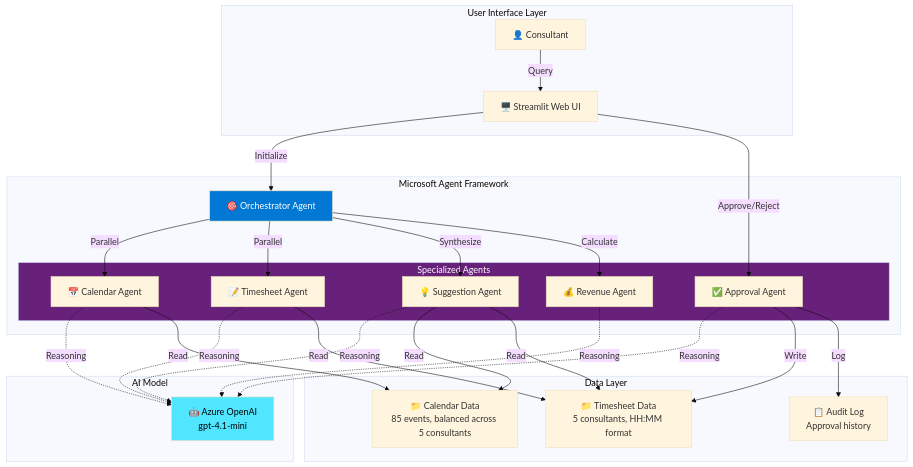
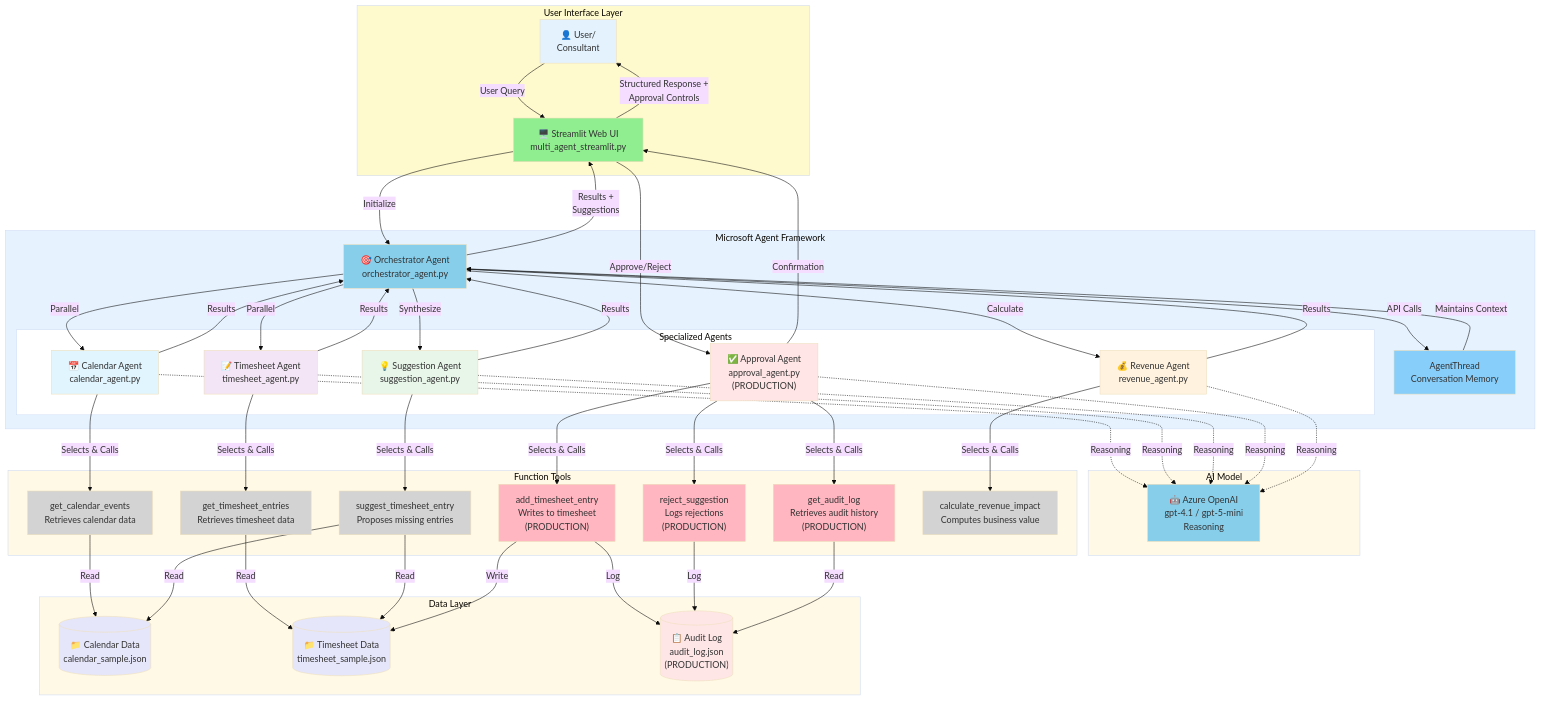
Before and after one commit to Arturo-Quiroga-MSFT/ttu-agentic-revolution-challenge: the diagram in README.md, drawn with Mermaid (base theme). The commit also changed 1 other file, not shown here.

Commit message:
new readme file

````diff
--- a/README.md
+++ b/README.md
@@ -227,54 +227,116 @@
 ```mermaid
 graph TB
-    subgraph UI["User Interface Layer"]
-        User["👤 Consultant"]
-        WebUI["🖥️ Streamlit Web UI"]
+    subgraph UI_Layer["User Interface Layer"]
+        User["👤 User/<br/>Consultant"]
+        UI["🖥️ Streamlit Web UI<br/>multi_agent_streamlit.py"]
+        User -->|"User Query"| UI
+        UI -->|"Structured Response +<br/>Approval Controls"| User
     end
     
     subgraph Framework["Microsoft Agent Framework"]
-        Orch["🎯 Orchestrator Agent"]
+        Orch["🎯 Orchestrator Agent<br/>orchestrator_agent.py"]
         
         subgraph Agents["Specialized Agents"]
-            CalAgent["📅 Calendar Agent"]
-            TimeAgent["📝 Timesheet Agent"]
-            SugAgent["💡 Suggestion Agent"]
-            AppAgent["✅ Approval Agent"]
-            RevAgent["💰 Revenue Agent"]
+            CalAgent["📅 Calendar Agent<br/>calendar_agent.py"]
+            TimeAgent["📝 Timesheet Agent<br/>timesheet_agent.py"]
+            SugAgent["💡 Suggestion Agent<br/>suggestion_agent.py"]
+            AppAgent["✅ Approval Agent<br/>approval_agent.py<br/>(PRODUCTION)"]
+            RevAgent["💰 Revenue Agent<br/>revenue_agent.py"]
         end
+        
+        Thread["AgentThread<br/>Conversation Memory"]
+        
+        UI -->|"Initialize"| Orch
+        Orch -->|"Results +<br/>Suggestions"| UI
+        
+        Orch -->|"API Calls"| Thread
+        Thread -->|"Maintains Context"| Orch
+        
+        Orch -->|"Parallel"| CalAgent
+        Orch -->|"Parallel"| TimeAgent
+        CalAgent -->|"Results"| Orch
+        TimeAgent -->|"Results"| Orch
+        
+        Orch -->|"Synthesize"| SugAgent
+        SugAgent -->|"Results"| Orch
+        
+        UI -->|"Approve/Reject"| AppAgent
+        AppAgent -->|"Confirmation"| UI
+        
+        Orch -->|"Calculate"| RevAgent
+        RevAgent -->|"Results"| Orch
     end
     
-    subgraph AI["AI Model"]
-        GPT["🤖 Azure OpenAI<br/>gpt-4.1-mini"]
+    subgraph AI_Model["AI Model"]
+        GPT["🤖 Azure OpenAI<br/>gpt-4.1 / gpt-5-mini<br/>Reasoning"]
     end
     
-    subgraph Data["Data Layer"]
-        CalData["📁 Calendar Data<br/>85 events, balanced across 5 consultants"]
-        TimeData["📁 Timesheet Data<br/>5 consultants, HH:MM format"]
-        AuditData["📋 Audit Log<br/>Approval history"]
+    subgraph Tools["Function Tools"]
+        CalTool["get_calendar_events<br/>Retrieves calendar data"]
+        TimeTool["get_timesheet_entries<br/>Retrieves timesheet data"]
+        SugTool["suggest_timesheet_entry<br/>Proposes missing entries"]
+        WriteTool["add_timesheet_entry<br/>Writes to timesheet<br/>(PRODUCTION)"]
+        RejectTool["reject_suggestion<br/>Logs rejections<br/>(PRODUCTION)"]
+        AuditTool["get_audit_log<br/>Retrieves audit history<br/>(PRODUCTION)"]
+        RevTool["calculate_revenue_impact<br/>Computes business value"]
     end
     
-    User -->|Query| WebUI
-    WebUI -->|Initialize| Orch
-    Orch -->|Parallel| CalAgent
-    Orch -->|Parallel| TimeAgent
-    Orch -->|Synthesize| SugAgent
-    Orch -->|Calculate| RevAgent
-    WebUI -->|Approve/Reject| AppAgent
+    CalAgent -->|"Selects & Calls"| CalTool
+    TimeAgent -->|"Selects & Calls"| TimeTool
+    SugAgent -->|"Selects & Calls"| SugTool
+    AppAgent -->|"Selects & Calls"| WriteTool
+    AppAgent -->|"Selects & Calls"| RejectTool
+    AppAgent -->|"Selects & Calls"| AuditTool
+    RevAgent -->|"Selects & Calls"| RevTool
     
-    CalAgent -.->|Reasoning| GPT
-    TimeAgent -.->|Reasoning| GPT
-    SugAgent -.->|Reasoning| GPT
-    RevAgent -.->|Reasoning| GPT
-    AppAgent -.->|Reasoning| GPT
+    CalAgent -.->|"Reasoning"| GPT
+    TimeAgent -.->|"Reasoning"| GPT
+    SugAgent -.->|"Reasoning"| GPT
+    AppAgent -.->|"Reasoning"| GPT
+    RevAgent -.->|"Reasoning"| GPT
     
-    CalAgent -->|Read| CalData
-    TimeAgent -->|Read| TimeData
-    SugAgent -->|Read| CalData
-    SugAgent -->|Read| TimeData
-    AppAgent -->|Write| TimeData
-    AppAgent -->|Log| AuditData
+    subgraph Data_Layer["Data Layer"]
+        CalData[("📁 Calendar Data<br/>calendar_sample.json")]
+        TimeData[("📁 Timesheet Data<br/>timesheet_sample.json")]
+        AuditData[("📋 Audit Log<br/>audit_log.json<br/>(PRODUCTION)")]
+    end
     
-    style Orch fill:#0078d4,color:#fff
-    style GPT fill:#50e6ff,color:#000
-    style Agents fill:#68217a,color:#fff
+    CalTool -->|"Read"| CalData
+    TimeTool -->|"Read"| TimeData
+    SugTool -->|"Read"| CalData
+    SugTool -->|"Read"| TimeData
+    WriteTool -->|"Write"| TimeData
+    WriteTool -->|"Log"| AuditData
+    RejectTool -->|"Log"| AuditData
+    AuditTool -->|"Read"| AuditData
+    
+    style UI_Layer fill:#FFFACD
+    style Framework fill:#E6F3FF
+    style Agents fill:#FFFFFF
+    style AI_Model fill:#FFF9E6
+    style Tools fill:#FFF9E6
+    style Data_Layer fill:#FFF9E6
+    
+    style User fill:#E3F2FD
+    style UI fill:#90EE90
+    style Orch fill:#87CEEB
+    style CalAgent fill:#E1F5FE
+    style TimeAgent fill:#F3E5F5
+    style SugAgent fill:#E8F5E9
+    style AppAgent fill:#FFE5E5
+    style RevAgent fill:#FFF3E0
+    style Thread fill:#87CEFA
+    style GPT fill:#87CEEB
+    
+    style CalTool fill:#D3D3D3
+    style TimeTool fill:#D3D3D3
+    style SugTool fill:#D3D3D3
+    style WriteTool fill:#FFB6C1
+    style RejectTool fill:#FFB6C1
+    style AuditTool fill:#FFB6C1
+    style RevTool fill:#D3D3D3
+    
+    style CalData fill:#E6E6FA
+    style TimeData fill:#E6E6FA
+    style AuditData fill:#FFE6E6
 ```
````
